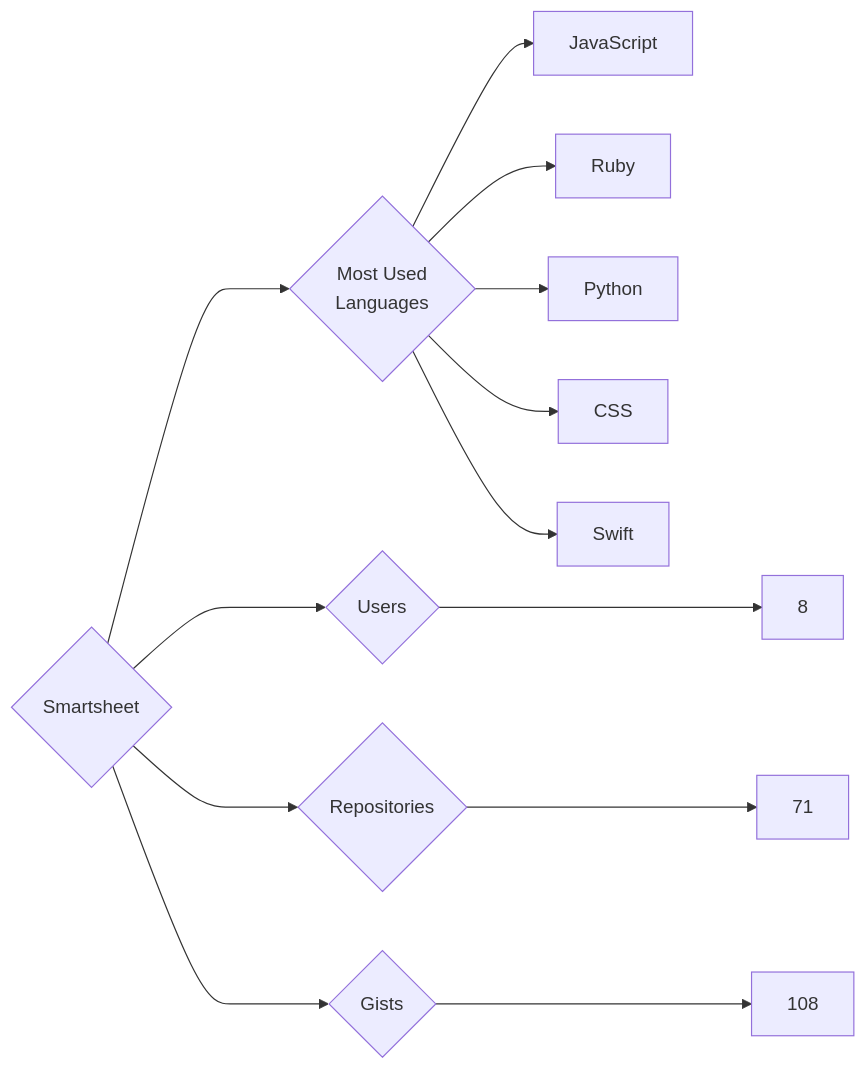
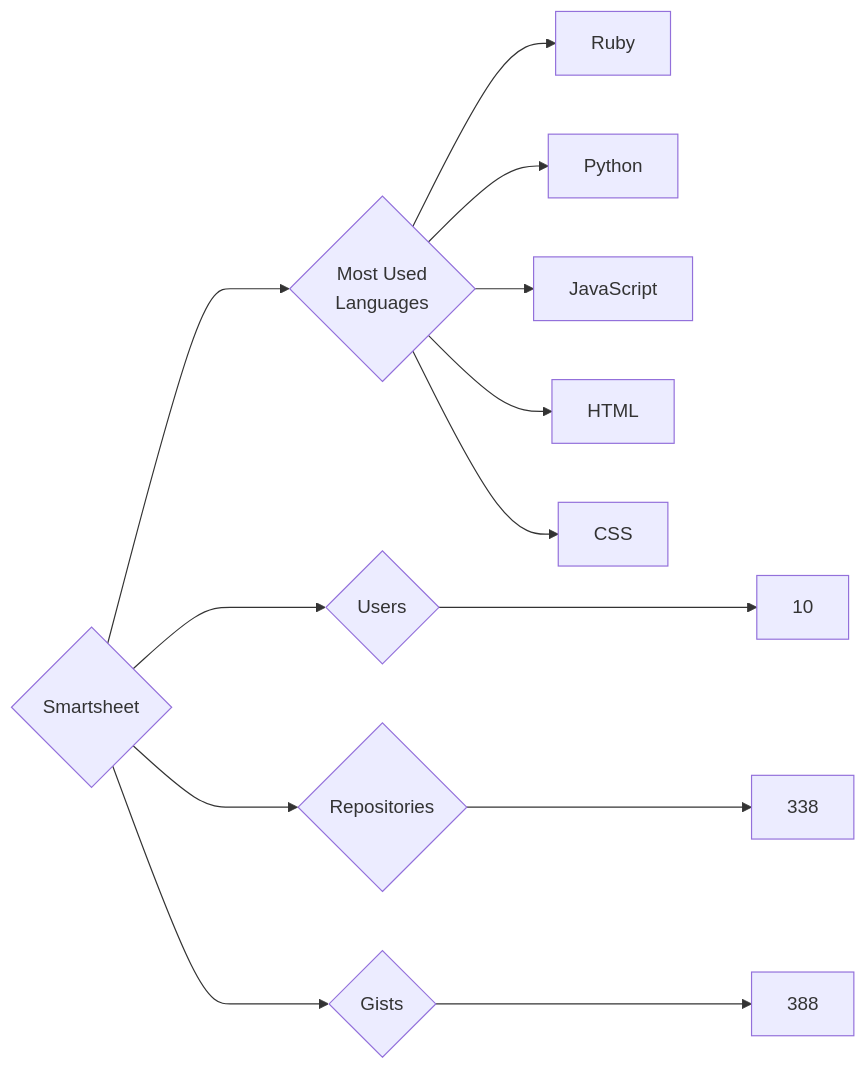
The diagram in targets/Smartsheet/README.md (trickest/insiders), drawn with Mermaid before and after one commit. The commit also changed 1479 other files, not shown here.

````diff
--- a/targets/Smartsheet/README.md
+++ b/targets/Smartsheet/README.md
@@ -3,13 +3,13 @@
 ```mermaid
 graph LR
 COMPANY_NAME{Smartsheet}
-COMPANY_NAME ---> U{Users} ---> UN[8]
-COMPANY_NAME ---> R{Repositories} ---> RN[71]
-COMPANY_NAME ---> G{Gists} ---> GN[108]
+COMPANY_NAME ---> U{Users} ---> UN[10]
+COMPANY_NAME ---> R{Repositories} ---> RN[338]
+COMPANY_NAME ---> G{Gists} ---> GN[388]
 COMPANY_NAME ---> ML{Most Used<br>Languages}
-ML --> JavaScript[JavaScript]
 ML --> Ruby[Ruby]
 ML --> Python[Python]
+ML --> JavaScript[JavaScript]
+ML --> HTML[HTML]
 ML --> CSS[CSS]
-ML --> Swift[Swift]
 ```
````
